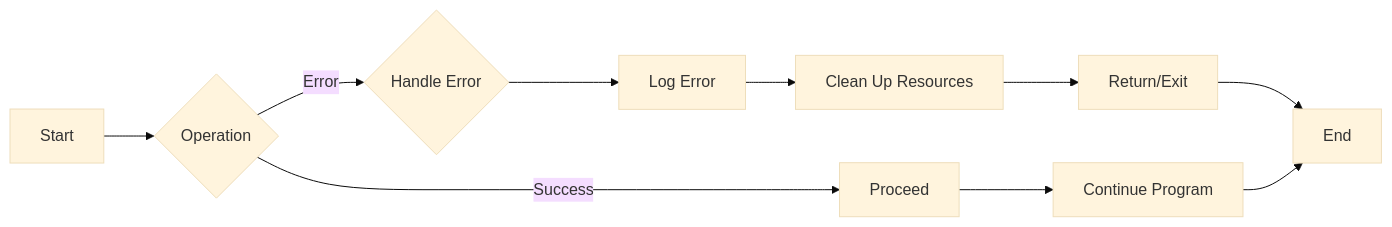
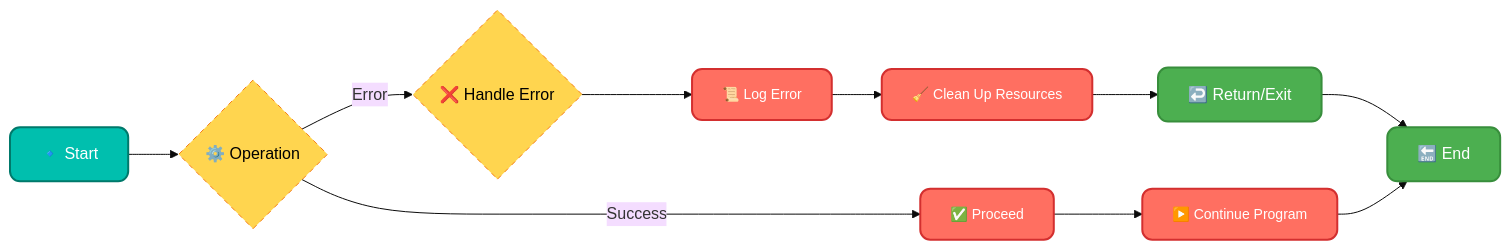
One commit to infoyouth/infoyouth.github.io changed the first of 5 diagrams in _posts/2024-12-26-15.-c-error-handling.md. Above: the diagram before and after it, drawn with Mermaid (base theme). The commit also changed other lines of this file, not shown here.

````diff
--- a/_posts/2024-12-26-15.-c-error-handling.md
+++ b/_posts/2024-12-26-15.-c-error-handling.md
@@ -200,12 +202,28 @@
 ```mermaid
 graph LR
-    A[Start] --> B{Operation};
-    B -- Success --> C[Proceed];
-    B -- Error --> D{Handle Error};
-    D --> E[Log Error];
-    E --> F[Clean Up Resources];
-    F --> G[Return/Exit];
-    C --> H[Continue Program];
-    G --> I[End];
-    H --> I;
+    A[🔹 Start] --> B{⚙️ Operation}
+    B -- Success --> C[✅ Proceed]
+    B -- Error --> D{❌ Handle Error}
+    D --> E[📜 Log Error]
+    E --> F[🧹 Clean Up Resources]
+    F --> G[↩️ Return/Exit]
+    C --> H[▶️ Continue Program]
+    G --> I[🔚 End]
+    H --> I
+
+    class A startNode
+    class B decisionNode
+    class C processNode
+    class D decisionNode
+    class E processNode
+    class F processNode
+    class G returnNode
+    class H processNode
+    class I returnNode
+
+    classDef startNode fill:#00BFAE,stroke:#00796B,color:#FFFFFF,font-size:16px,stroke-width:2px,rx:10px;
+    classDef processNode fill:#FF6F61,stroke:#D32F2F,color:#FFFFFF,font-size:14px,stroke-width:2px,rx:10px;
+    classDef decisionNode fill:#FFD54F,stroke:#F57F17,color:#000000,font-size:16px,stroke-dasharray: 5,5;
+    classDef returnNode fill:#4CAF50,stroke:#388E3C,color:#FFFFFF,font-size:16px,stroke-width:2px,rx:10px;
+
 ```
````
